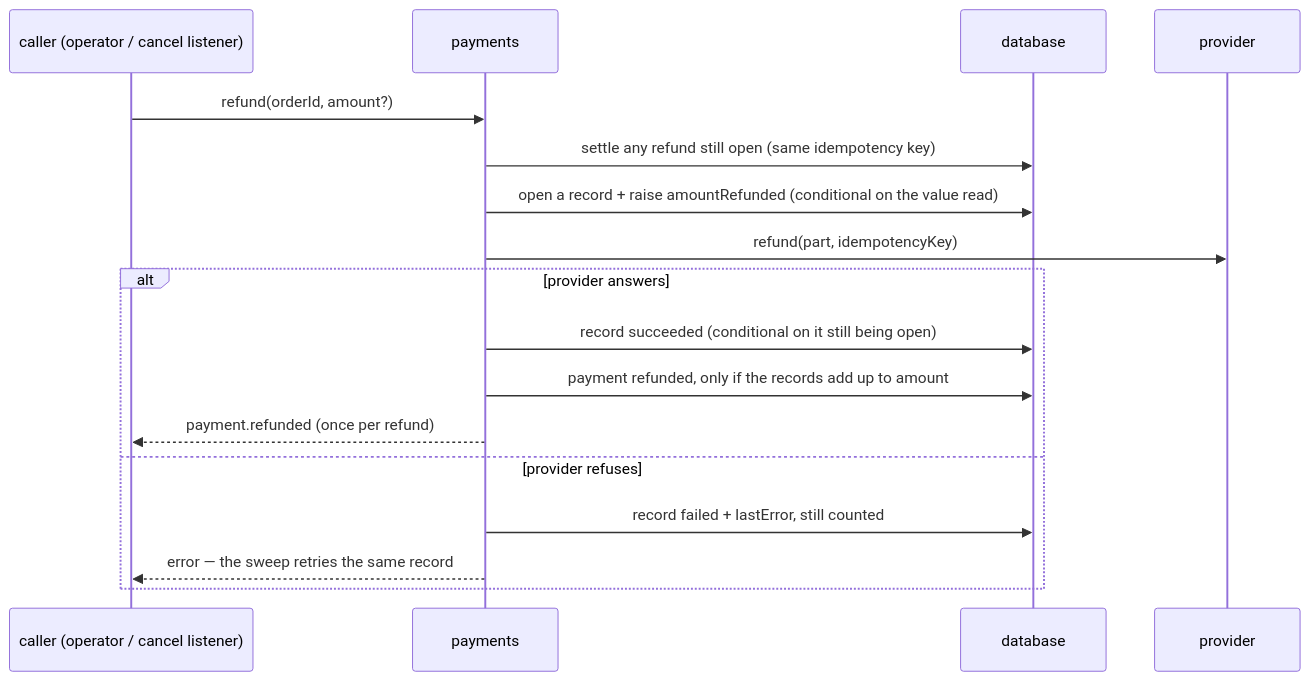
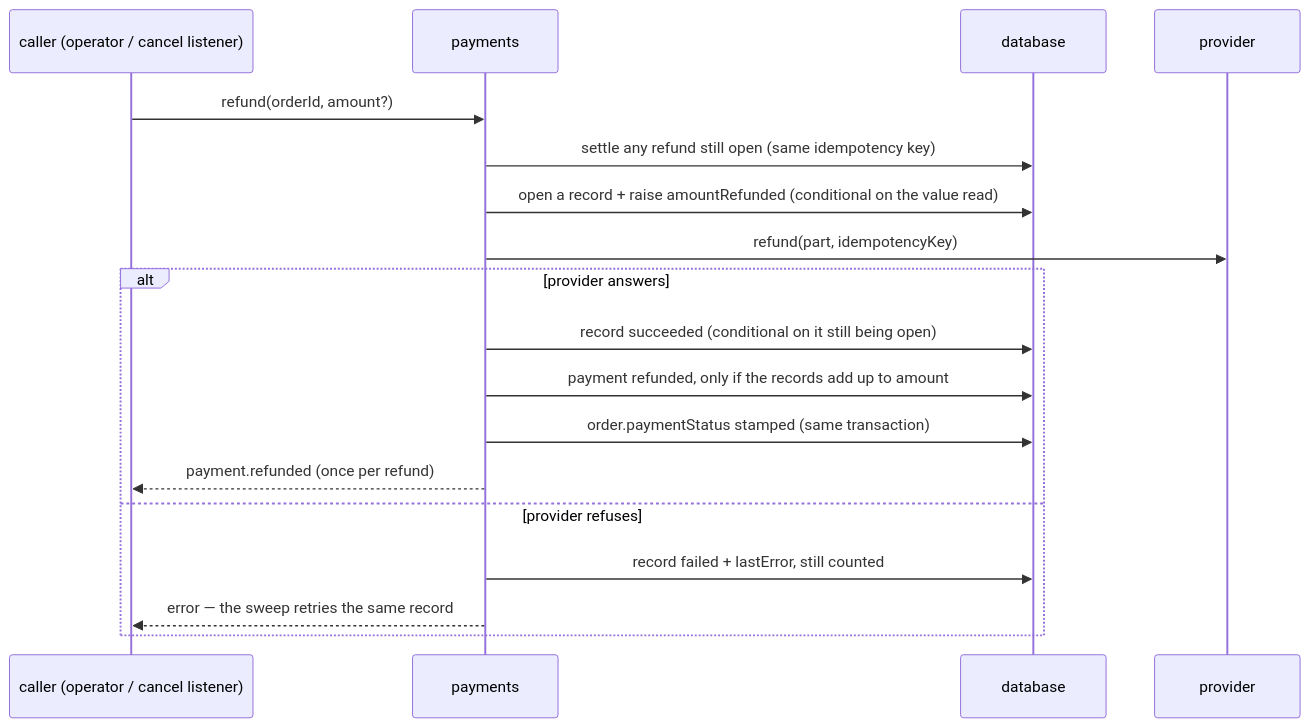
Before and after one commit to Guebbit/boilerplate-node-backend: the fifth of 8 diagrams in docs/modules/payments.md, drawn with Mermaid. The commit also changed other lines of this file and 6 other files, not shown here.

Commit message:
fix(payments): stamp the order's payment status inside the refund settlement

````diff
--- a/docs/modules/payments.md
+++ b/docs/modules/payments.md
@@ -290,19 +290,20 @@
 ```mermaid
 sequenceDiagram
     participant C as caller (operator / cancel listener)
     participant P as payments
     participant D as database
     participant V as provider
     C->>P: refund(orderId, amount?)
     P->>D: settle any refund still open (same idempotency key)
     P->>D: open a record + raise amountRefunded (conditional on the value read)
     P->>V: refund(part, idempotencyKey)
     alt provider answers
         P->>D: record succeeded (conditional on it still being open)
         P->>D: payment refunded, only if the records add up to amount
+        P->>D: order.paymentStatus stamped (same transaction)
         P-->>C: payment.refunded (once per refund)
     else provider refuses
         P->>D: record failed + lastError, still counted
         P-->>C: error — the sweep retries the same record
     end
 ```
````
